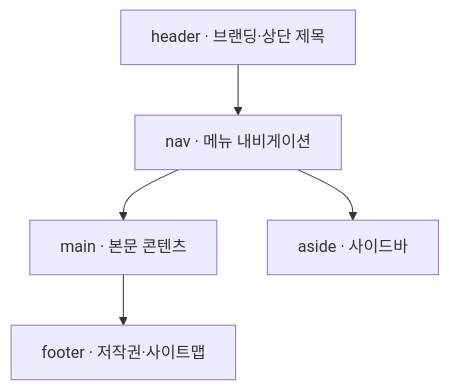
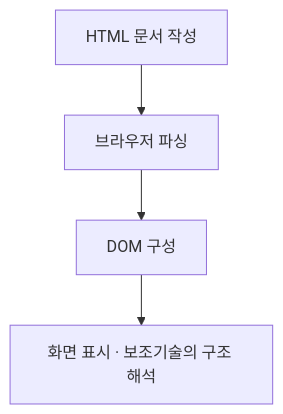
The second of 2 diagrams in src/content/docs/notes/itpe/02-software-engineering/186_html5.md (agnusdei1207/study), drawn with Mermaid before and after one commit. The commit also changed other lines of this file and 15 other files, not shown here.

````diff
--- a/src/content/docs/notes/itpe/02-software-engineering/186_html5.md
+++ b/src/content/docs/notes/itpe/02-software-engineering/186_html5.md
@@ -103,7 +103,6 @@
 ```mermaid
 flowchart TB
-    H["header · 브랜딩·상단 제목"] --> N["nav · 메뉴 내비게이션"]
-    N --> M["main · 본문 콘텐츠"]
-    N --> A["aside · 사이드바"]
-    M --> F["footer · 저작권·사이트맵"]
+    A["HTML 문서 작성"] --> B["브라우저 파싱"]
+    B --> C["DOM 구성"]
+    C --> D["화면 표시 · 보조기술의 구조 해석"]
 ```
````
